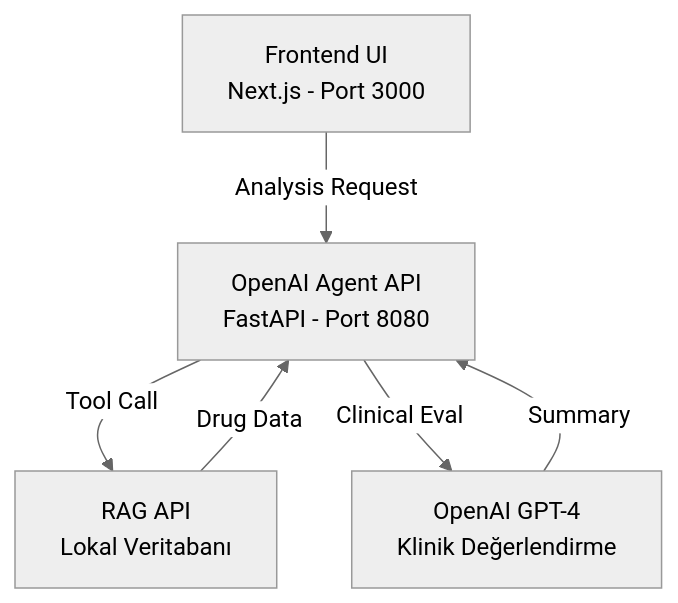
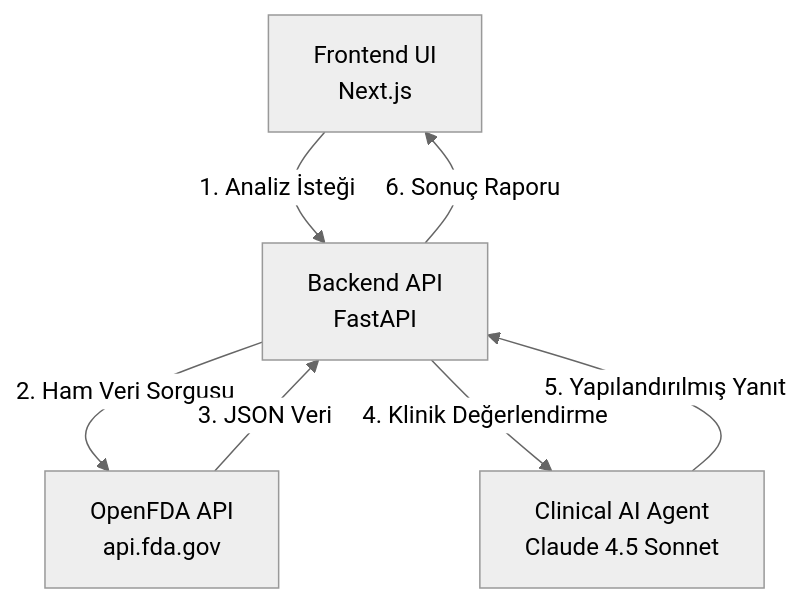
The diagram in README.md (Neuronauts-AI/NeuroPharm), drawn with Mermaid (neutral theme) before and after one commit. The commit also changed other lines of this file, not shown here.

````diff
--- a/README.md
+++ b/README.md
@@ -28,8 +28,9 @@
 ```mermaid
 graph TD
-    A[Frontend UI<br/>Next.js - Port 3000] -->|Analysis Request| B[OpenAI Agent API<br/>FastAPI - Port 8080]
-    B -->|Tool Call| C[RAG API<br/>Lokal Veritabanı]
-    B -->|Clinical Eval| D[OpenAI GPT-4<br/>Klinik Değerlendirme]
-    C -->|Drug Data| B
-    D -->|Summary| B
+    A[Frontend UI<br/>Next.js] -->|1. Analiz İsteği| B[Backend API<br/>FastAPI]
+    B -->|2. Ham Veri Sorgusu| C[OpenFDA API<br/>api.fda.gov]
+    C -->|3. JSON Veri| B
+    B -->|4. Klinik Değerlendirme| D[Clinical AI Agent<br/>Claude 4.5 Sonnet]
+    D -->|5. Yapılandırılmış Yanıt| B
+    B -->|6. Sonuç Raporu| A
 ```
````
